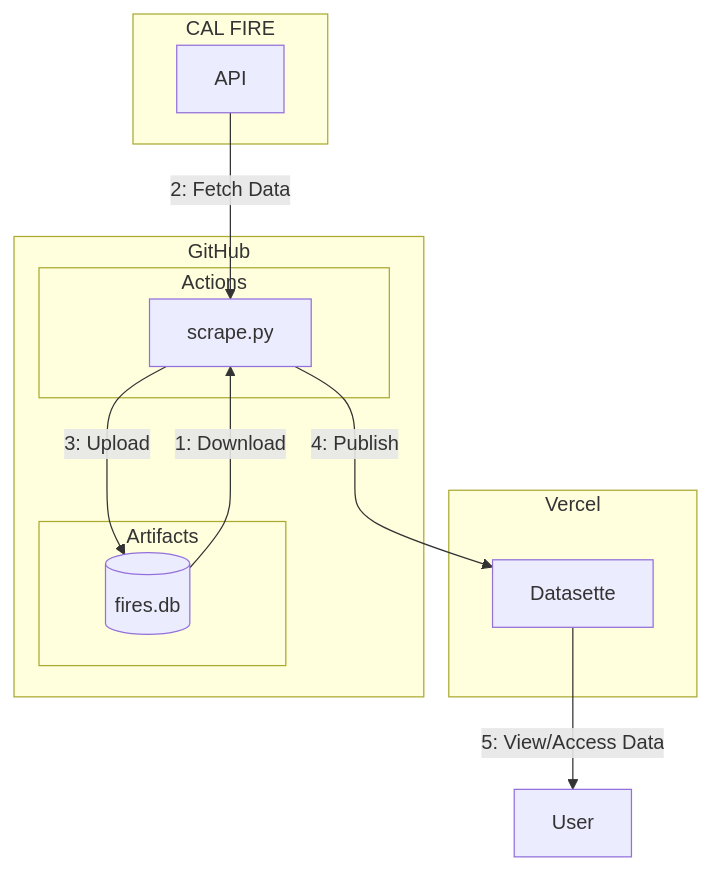
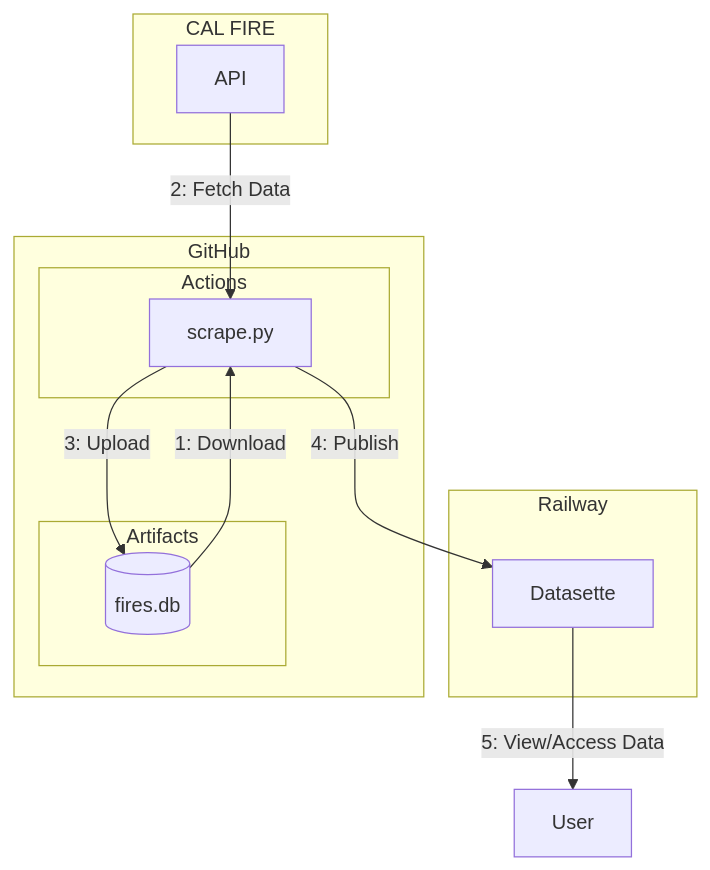
Before and after one commit to ngshiheng/cafireshistorydb: the diagram in README.md, drawn with Mermaid. The commit also changed 1 other file, not shown here.

Commit message:
ci: fix deploy job to railway

````diff
--- a/README.md
+++ b/README.md
@@ -11,27 +11,27 @@
 ```mermaid
 graph TB
-	subgraph Vercel
+	subgraph Railway
         deployment[Datasette]
-        class deployment vercel;
+        class deployment Railway;
     end
 
     subgraph GitHub
         subgraph Actions
             scraper[scrape.py]
         end
         subgraph Artifacts
             db[(fires.db)]
             class db artifacts;
         end
     end
 
     subgraph CAL FIRE
         api[API]
     end
 
     db --> |1: Download| scraper
     api --> |2: Fetch Data| scraper
     scraper --> |3: Upload| db
     scraper --> |4: Publish| deployment
     deployment --> |5: View/Access Data| client[User]
 ```
````
